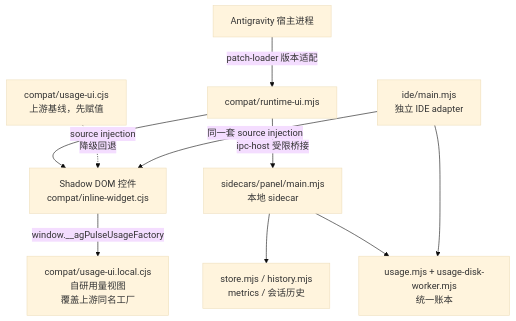
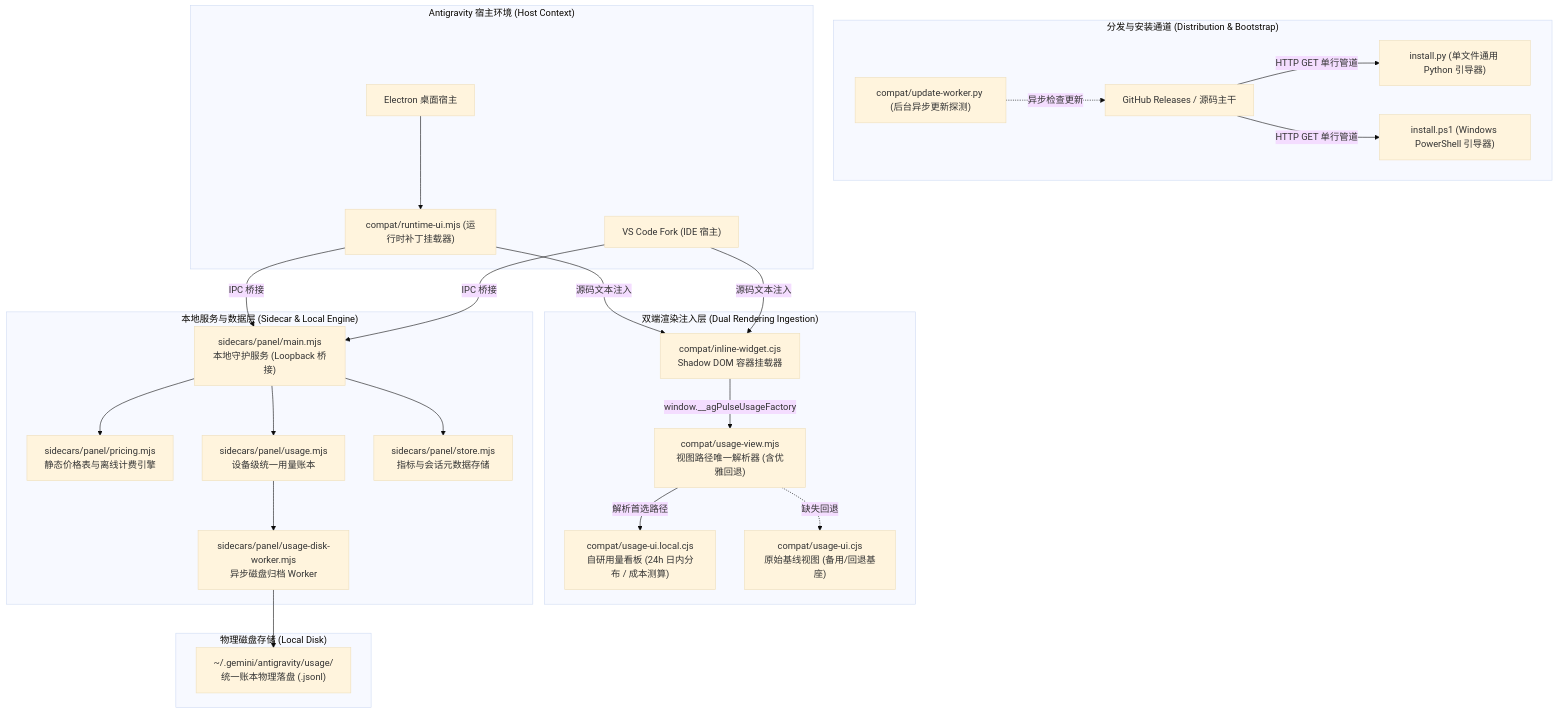
Before and after one commit to moumouye/antigrative-dashboard: the second of 2 diagrams in ARCHITECTURE.md, drawn with Mermaid (base theme). The commit also changed other lines of this file and 6 other files, not shown here.

First line of the commit message:
docs(governance): transition truth library from downstream fork to canonical source

````diff
--- a/ARCHITECTURE.md
+++ b/ARCHITECTURE.md
@@ -17,12 +47,52 @@
 ```mermaid
 flowchart TD
-  Host["Antigravity 宿主进程"] -->|patch-loader 版本适配| Adapter["compat/runtime-ui.mjs"]
-  Adapter -->|source injection| Webview["Shadow DOM 控件<br/>compat/inline-widget.cjs"]
-  Webview -->|window.__agPulseUsageFactory| UsageUi["compat/usage-ui.local.cjs<br/>自研用量视图<br/>覆盖上游同名工厂"]
-  UpstreamUi["compat/usage-ui.cjs<br/>上游基线，先赋值"] -.降级回退.-> Webview
-  Adapter -->|ipc-host 受限桥接| Sidecar["sidecars/panel/main.mjs<br/>本地 sidecar"]
-  Sidecar --> Store["store.mjs / history.mjs<br/>metrics / 会话历史"]
-  Sidecar --> Ledger["usage.mjs + usage-disk-worker.mjs<br/>统一账本"]
-  IDE["ide/main.mjs<br/>独立 IDE adapter"] -->|同一套 source injection| Webview
-  IDE --> Ledger
+    subgraph Distribution ["分发与安装通道 (Distribution & Bootstrap)"]
+        GH["GitHub Releases / 源码主干"]
+        InstallPy["install.py (单文件通用 Python 引导器)"]
+        InstallPs1["install.ps1 (Windows PowerShell 引导器)"]
+        Updater["compat/update-worker.py (后台异步更新探测)"]
+        GH -->|HTTP GET 单行管道| InstallPy
+        GH -->|HTTP GET 单行管道| InstallPs1
+        Updater -.异步检查更新.-> GH
+    end
+
+    subgraph Host ["Antigravity 宿主环境 (Host Context)"]
+        App["Electron 桌面宿主"]
+        IDE["VS Code Fork (IDE 宿主)"]
+        PatchLoader["compat/runtime-ui.mjs (运行时补丁挂载器)"]
+        App --> PatchLoader
+    end
+
+    subgraph Rendering ["双端渲染注入层 (Dual Rendering Ingestion)"]
+        ViewResolver["compat/usage-view.mjs<br/>视图路径唯一解析器 (含优雅回退)"]
+        InlineWidget["compat/inline-widget.cjs<br/>Shadow DOM 容器挂载器"]
+        UsageViewLocal["compat/usage-ui.local.cjs<br/>自研用量看板 (24h 日内分布 / 成本测算)"]
+        UsageViewBase["compat/usage-ui.cjs<br/>原始基线视图 (备用/回退基座)"]
+        
+        PatchLoader -->|源码文本注入| InlineWidget
+        IDE -->|源码文本注入| InlineWidget
+        ViewResolver -->|解析首选路径| UsageViewLocal
+        ViewResolver -.缺失回退.-> UsageViewBase
+        InlineWidget -->|window.__agPulseUsageFactory| ViewResolver
+    end
+
+    subgraph SidecarLayer ["本地服务与数据层 (Sidecar & Local Engine)"]
+        Sidecar["sidecars/panel/main.mjs<br/>本地守护服务 (Loopback 桥接)"]
+        Pricing["sidecars/panel/pricing.mjs<br/>静态价格表与离线计费引擎"]
+        Ledger["sidecars/panel/usage.mjs<br/>设备级统一用量账本"]
+        Worker["sidecars/panel/usage-disk-worker.mjs<br/>异步磁盘归档 Worker"]
+        Store["sidecars/panel/store.mjs<br/>指标与会话元数据存储"]
+
+        PatchLoader -->|IPC 桥接| Sidecar
+        IDE -->|IPC 桥接| Sidecar
+        Sidecar --> Pricing
+        Sidecar --> Store
+        Sidecar --> Ledger
+        Ledger --> Worker
+    end
+
+    subgraph Storage ["物理磁盘存储 (Local Disk)"]
+        DiskLedger["~/.gemini/antigravity/usage/<br/>统一账本物理落盘 (.jsonl)"]
+        Worker --> DiskLedger
+    end
 ```
````
